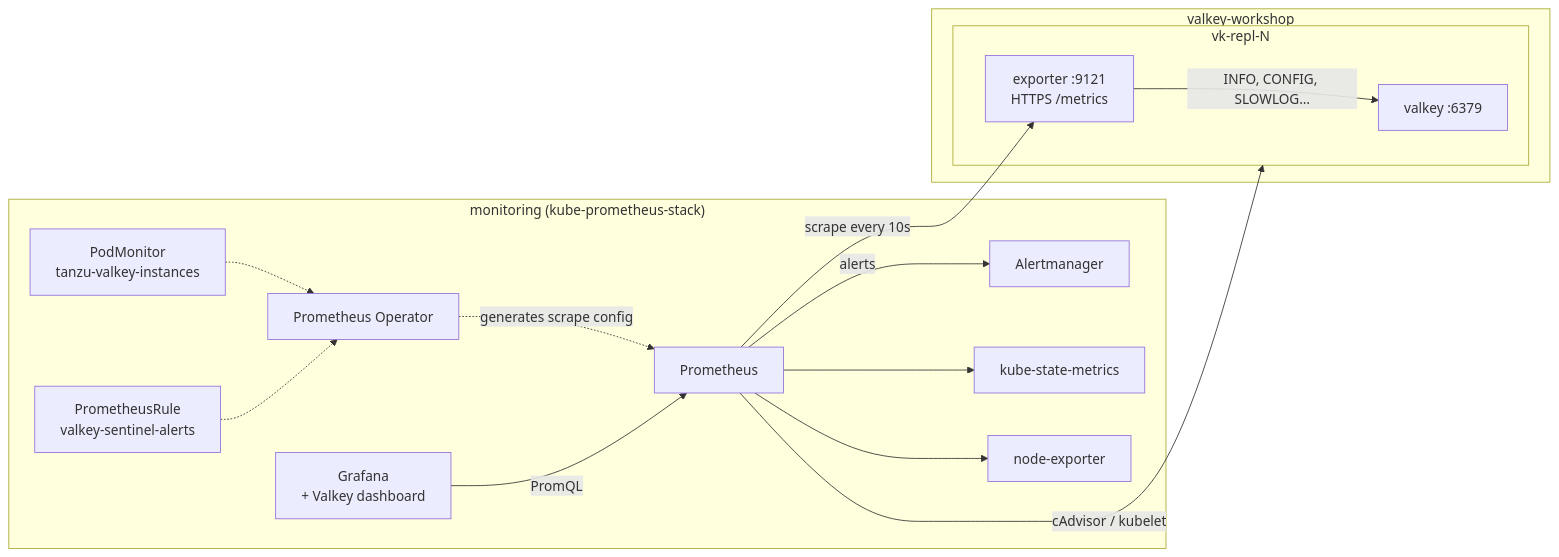
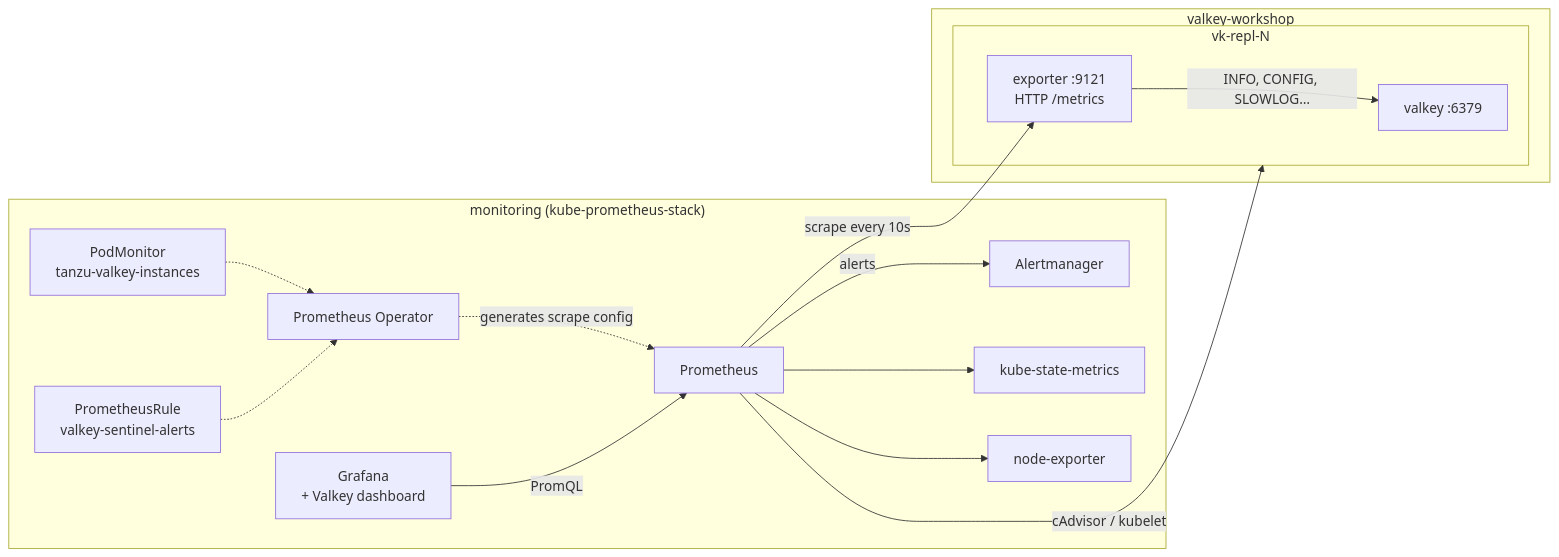
Before and after one commit to rroque99/valkey-workshop-sentinel: the diagram in docs/07-metrics-prometheus-grafana.md, drawn with Mermaid. The commit also changed other lines of this file and 7 other files, not shown here.

````diff
--- a/docs/07-metrics-prometheus-grafana.md
+++ b/docs/07-metrics-prometheus-grafana.md
@@ -13,28 +13,28 @@
 ```mermaid
 flowchart LR
     subgraph vns["valkey-workshop"]
         subgraph pod["vk-repl-N"]
             V["valkey :6379"]
-            E["exporter :9121<br/>HTTPS /metrics"]
+            E["exporter :9121<br/>HTTP /metrics"]
             E -->|"INFO, CONFIG, SLOWLOG…"| V
         end
     end
     subgraph mon["monitoring (kube-prometheus-stack)"]
         PO["Prometheus Operator"]
         PM["PodMonitor<br/>tanzu-valkey-instances"]
         PR["PrometheusRule<br/>valkey-sentinel-alerts"]
         P["Prometheus"]
         AM["Alertmanager"]
         G["Grafana<br/>+ Valkey dashboard"]
         KSM["kube-state-metrics"]
         NE["node-exporter"]
     end
     PO -.->|"generates scrape config"| P
     PM -.-> PO
     PR -.-> PO
     P -->|"scrape every 10s"| E
     P -->|"cAdvisor / kubelet"| pod
     P --> KSM & NE
     P -->|"alerts"| AM
     G -->|"PromQL"| P
 ```
````
